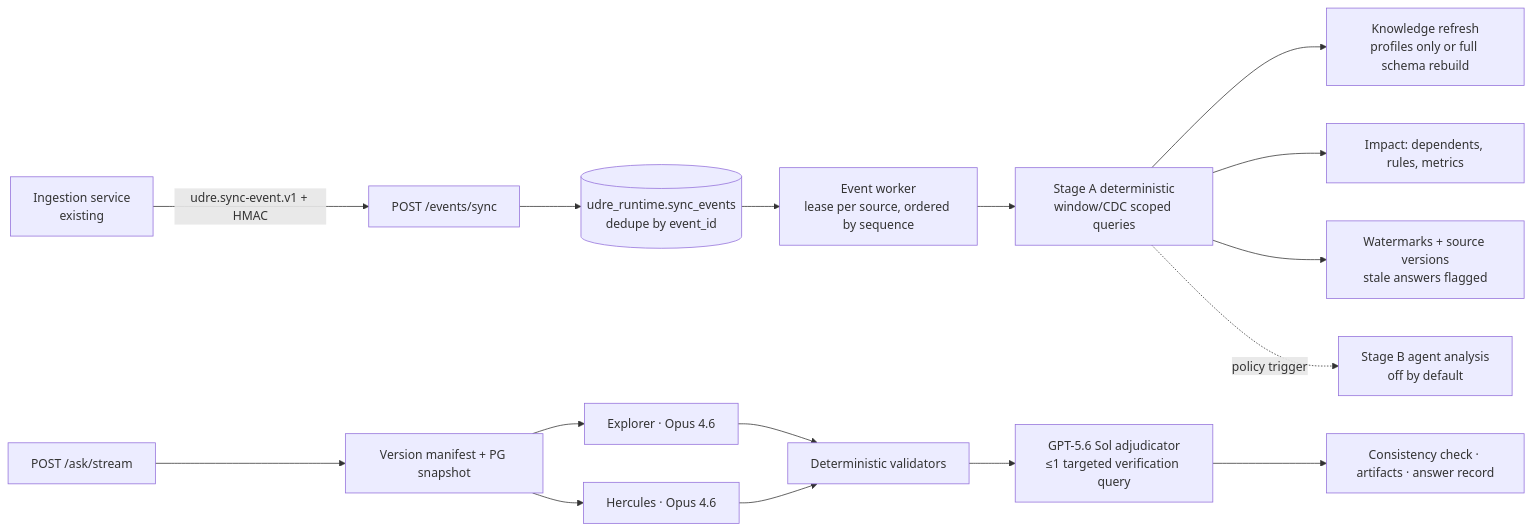
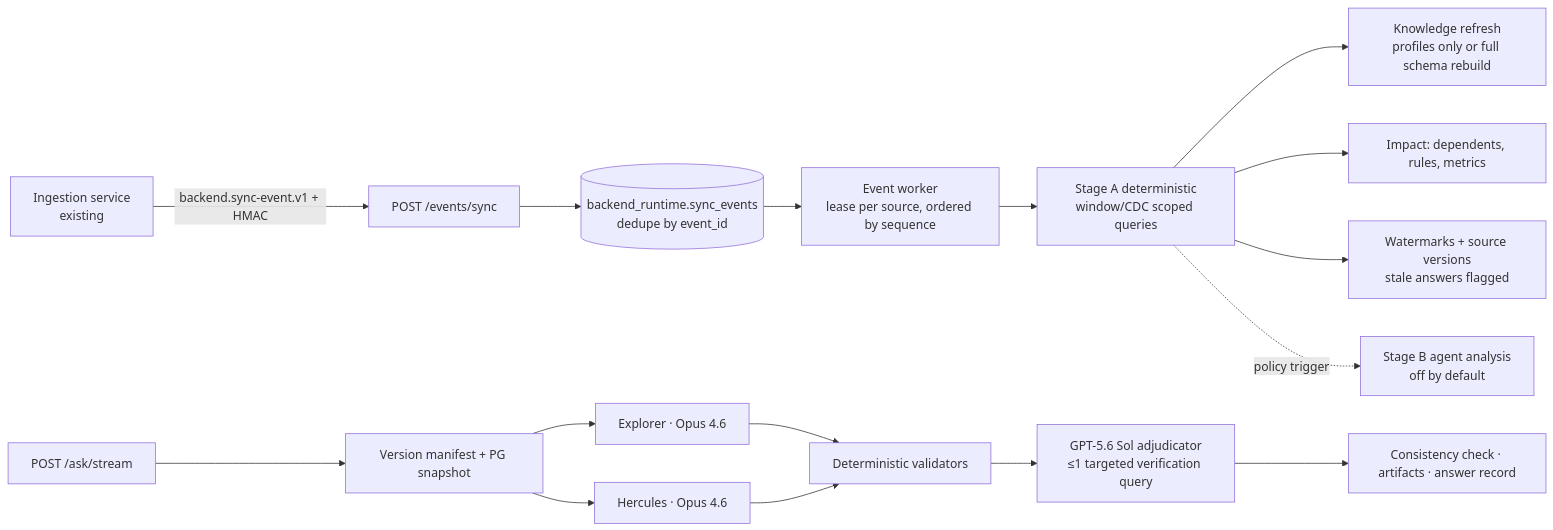
The diagram in docs/RUNTIME.md (Veerainsood/Techackathon-GEP-Oct-2026), drawn with Mermaid before and after one commit. The commit also changed other lines of this file and 183 other files, not shown here.

````diff
--- a/docs/RUNTIME.md
+++ b/docs/RUNTIME.md
@@ -49,15 +49,15 @@
 ```mermaid
 flowchart LR
-  ING[Ingestion service<br/>existing] -- "udre.sync-event.v1 + HMAC" --> EV[POST /events/sync]
-  EV --> ST[(udre_runtime.sync_events<br/>dedupe by event_id)]
+  ING[Ingestion service<br/>existing] -- "backend.sync-event.v1 + HMAC" --> EV[POST /events/sync]
+  EV --> ST[(backend_runtime.sync_events<br/>dedupe by event_id)]
   ST --> W[Event worker<br/>lease per source, ordered by sequence]
   W --> A[Stage A deterministic<br/>window/CDC scoped queries]
   A --> K[Knowledge refresh<br/>profiles only or full schema rebuild]
   A --> I[Impact: dependents, rules, metrics]
   A --> M[Watermarks + source versions<br/>stale answers flagged]
   A -. policy trigger .-> B[Stage B agent analysis<br/>off by default]
   Q[POST /ask/stream] --> MAN[Version manifest + PG snapshot]
   MAN --> EX[Explorer · Opus 4.6] & HE[Hercules · Opus 4.6]
   EX & HE --> DV[Deterministic validators] --> ADJ[GPT-5.6 Sol adjudicator<br/>≤1 targeted verification query]
   ADJ --> FIN[Consistency check · artifacts · answer record]
 ```
````
